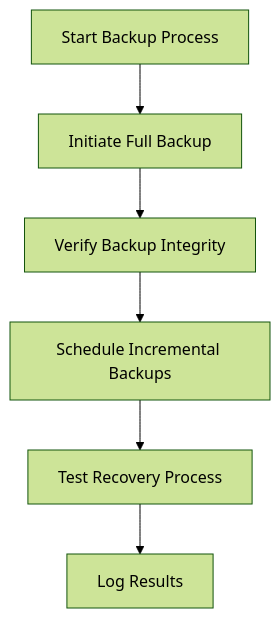
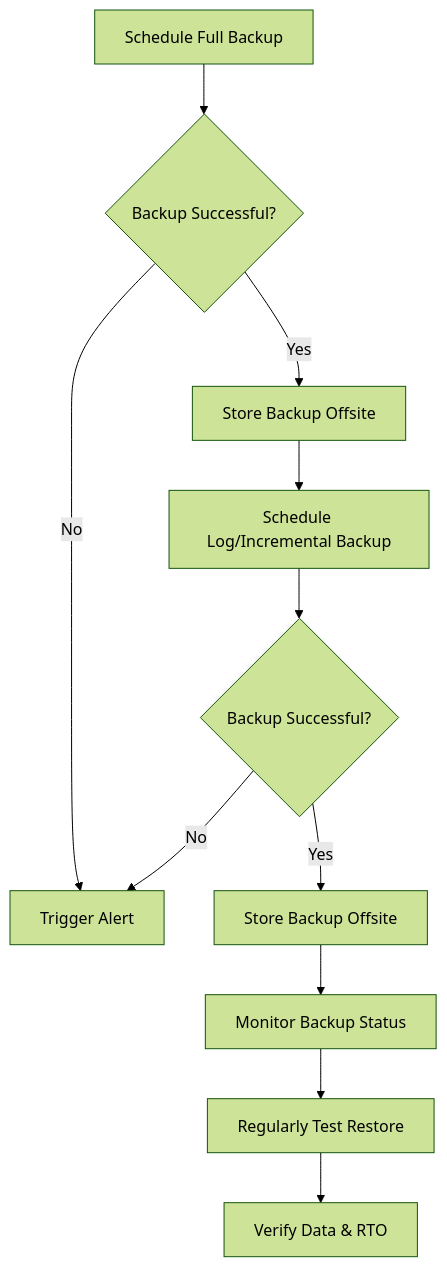
The sixth of 6 diagrams in database/db_architecture_overview.md (dcop7/tips_and_guides), drawn with Mermaid (forest theme) before and after one commit. The commit also changed other lines of this file, not shown here.

````diff
--- a/database/db_architecture_overview.md
+++ b/database/db_architecture_overview.md
@@ -802,8 +677,13 @@
 ```mermaid
 flowchart TD
-    A[Start Backup Process] --> B[Initiate Full Backup]
-    B --> C[Verify Backup Integrity]
-    C --> D[Schedule Incremental Backups]
-    D --> E[Test Recovery Process]
-    E --> F[Log Results]
+    A[Schedule Full Backup] --> B{Backup Successful?}
+    B -- Yes --> C[Store Backup Offsite]
+    B -- No --> D[Trigger Alert]
+    C --> E[Schedule Log/Incremental Backup]
+    E --> F{Backup Successful?}
+    F -- Yes --> G[Store Backup Offsite]
+    F -- No --> D
+    G --> H[Monitor Backup Status]
+    H --> I[Regularly Test Restore]
+    I --> J[Verify Data & RTO]
 ```
````
